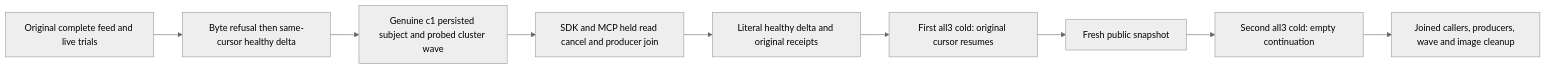
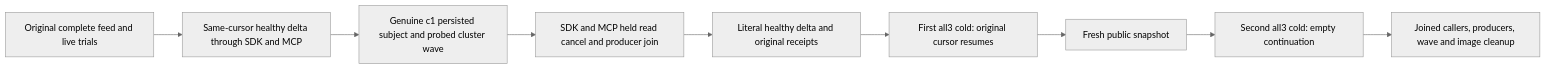
One commit to managedcode/KeyLoad changed the diagram in docs/Features/ChangeFeeds/PublicLiveReadLifecycle.md. Above: the diagram before and after it, drawn with Mermaid (neutral theme). The commit also changed other lines of this file and 673 other files, not shown here.

````diff
--- a/docs/Features/ChangeFeeds/PublicLiveReadLifecycle.md
+++ b/docs/Features/ChangeFeeds/PublicLiveReadLifecycle.md
@@ -15,11 +15,11 @@
 ```mermaid
 flowchart LR
- O[Original complete feed and live trials] --> B[Byte refusal then same-cursor healthy delta]
+ O[Original complete feed and live trials] --> B[Same-cursor healthy delta through SDK and MCP]
  B --> S[Genuine c1 persisted subject and probed cluster wave]
  S --> C[SDK and MCP held read cancel and producer join]
  C --> H[Literal healthy delta and original receipts]
  H --> F[First all3 cold: original cursor resumes]
  F --> N[Fresh public snapshot]
  N --> G[Second all3 cold: empty continuation]
  G --> J[Joined callers, producers, wave and image cleanup]
 ```
````
